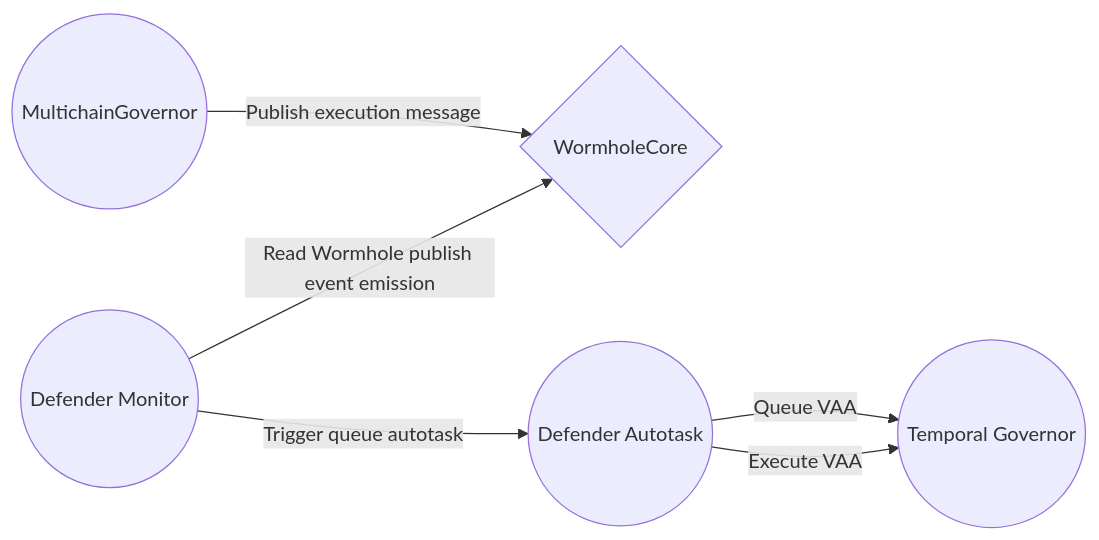
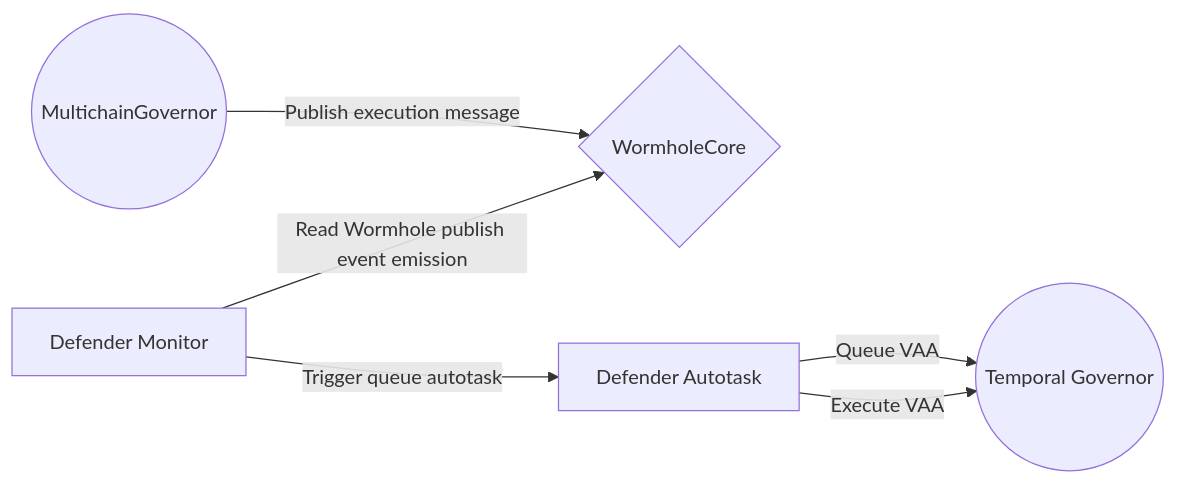
One commit to moonwell-fi/moonwell-contracts-v2 changed the third of 3 diagrams in docs/governance/README.md. Above: the diagram before and after it, drawn with Mermaid.

````diff
--- a/docs/governance/README.md
+++ b/docs/governance/README.md
@@ -97,8 +97,8 @@
 ```mermaid
 graph LR
     mg((MultichainGovernor)) -- Publish execution message --> wc{WormholeCore}
-    dm((Defender Monitor)) -- Read Wormhole publish event emission --> wc
-    dm -- Trigger queue autotask --> da((Defender Autotask))
+    dm[Defender Monitor] -- Read Wormhole publish event emission --> wc
+    dm -- Trigger queue autotask --> da[Defender Autotask]
     da -- Queue VAA --> tg((Temporal Governor))
     da -- Execute VAA --> tg
 ```
````
